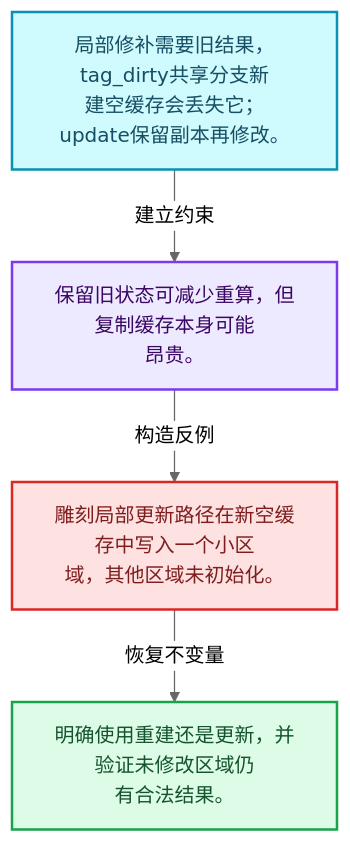
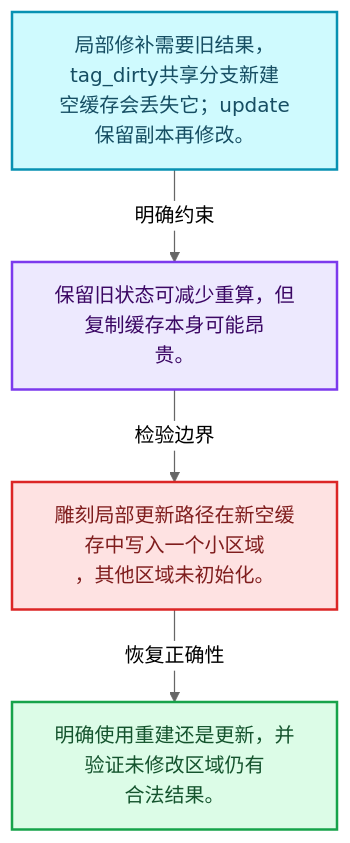
Before and after one commit to yunkezengren/blender-.vscode: the first of 4 diagrams in 杂/markdown/全面学习-codex/06-隐式共享与缓存系统/10-局部更新与失效修复.md, drawn with Mermaid (neutral theme). The commit also changed other lines of this file and 1930 other files, not shown here.

````diff
--- a/杂/markdown/全面学习-codex/06-隐式共享与缓存系统/10-局部更新与失效修复.md
+++ b/杂/markdown/全面学习-codex/06-隐式共享与缓存系统/10-局部更新与失效修复.md
@@ -29,16 +29,16 @@
 ```mermaid
 flowchart TB
-  M["局部修补需要旧结果，tag_dirty共享分支新<br/>建空缓存会丢失它；update保留副本再修改。"]:::data
-  T["保留旧状态可减少重算，但复制缓存本身可能<br/>昂贵。"]:::abstraction
-  X["雕刻局部更新路径在新空缓存中写入一个小区<br/>域，其他区域未初始化。"]:::error
-  A["明确使用重建还是更新，并验证未修改区域仍<br/>有合法结果。"]:::result
-  M -->|"建立约束"| T
-  T -->|"构造反例"| X
-  X -->|"恢复不变量"| A
+  M["局部修补需要旧结果，tag_dirty共享分支新建<br/>空缓存会丢失它；update保留副本再修改。"]:::data
+  C["保留旧状态可减少重算，但复制缓存本身可能昂<br/>贵。"]:::abstraction
+  B["雕刻局部更新路径在新空缓存中写入一个小区域<br/>，其他区域未初始化。"]:::error
+  R["明确使用重建还是更新，并验证未修改区域仍有<br/>合法结果。"]:::result
+  M -->|"明确约束"| C
+  C -->|"检验边界"| B
+  B -->|"恢复正确性"| R
   classDef input fill:#DBEAFE,stroke:#2563EB,color:#172554,stroke-width:2px;
   classDef data fill:#CFFAFE,stroke:#0891B2,color:#164E63,stroke-width:2px;
   classDef abstraction fill:#EDE9FE,stroke:#7C3AED,color:#3B0764,stroke-width:2px;
   classDef compute fill:#FEF3C7,stroke:#D97706,color:#78350F,stroke-width:2px;
   classDef result fill:#DCFCE7,stroke:#16A34A,color:#14532D,stroke-width:2px;
   classDef error fill:#FEE2E2,stroke:#DC2626,color:#7F1D1D,stroke-width:2px;
 ```
````
